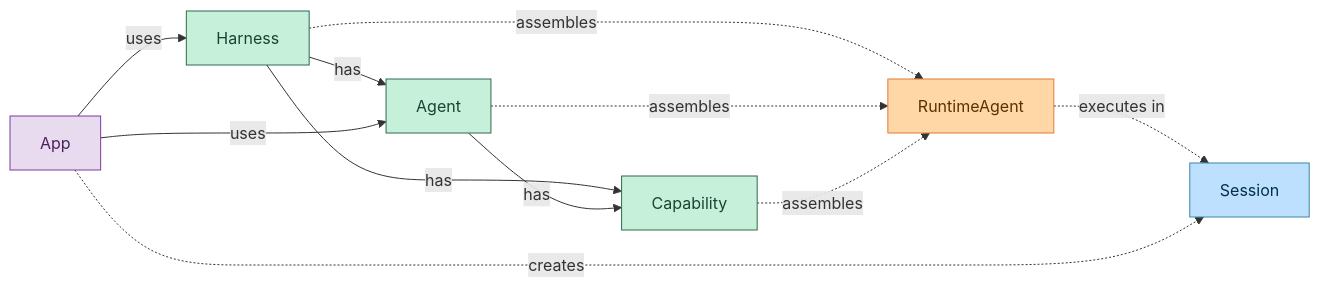
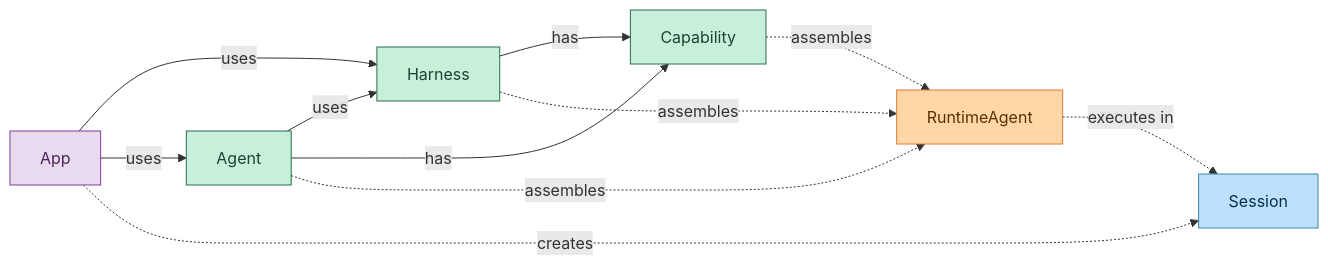
Before and after one commit to everruns/everruns: the first of 3 diagrams in specs/concepts.md, drawn with Mermaid. The commit also changed other lines of this file and 43 other files, not shown here.

Commit message:
feat(agents): persist agent harness ownership

````diff
--- a/specs/concepts.md
+++ b/specs/concepts.md
@@ -9,26 +9,26 @@
 ```mermaid
 graph LR
-    Harness -->|has| Agent
+    Agent -->|uses| Harness
     Harness -->|has| Capability
     Agent -->|has| Capability
 
     Harness -.->|assembles| RuntimeAgent
     Agent -.->|assembles| RuntimeAgent
     Capability -.->|assembles| RuntimeAgent
 
     RuntimeAgent -.->|executes in| Session
 
     App -->|uses| Harness
     App -->|uses| Agent
     App -.->|creates| Session
 
     classDef config fill:#c7f0db,stroke:#2d6a4f,color:#1b4332
     classDef assembly fill:#ffd6a5,stroke:#e07b39,color:#5a3000
     classDef runtime fill:#bde0fe,stroke:#3a86a8,color:#023047
     classDef deploy fill:#e8daef,stroke:#7d3c98,color:#4a235a
 
     class Harness,Agent,Capability config
     class RuntimeAgent assembly
     class Session runtime
     class App deploy
 ```
````
